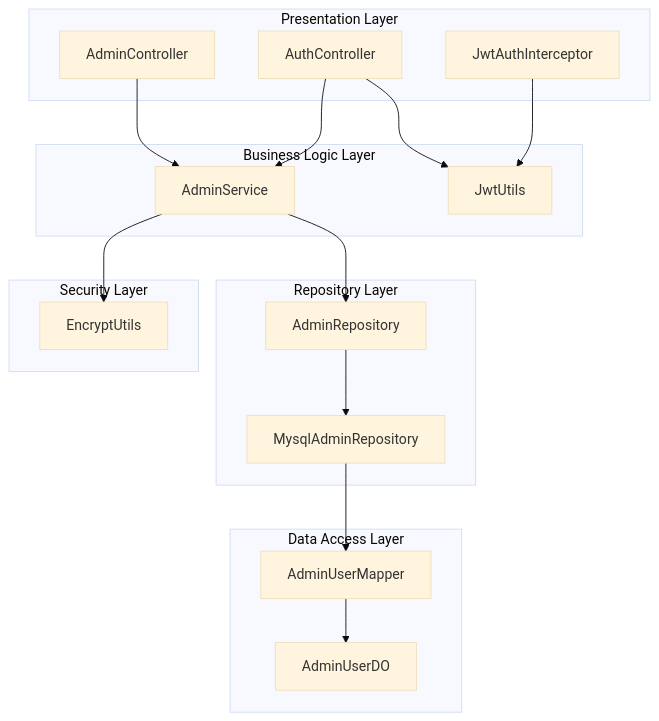
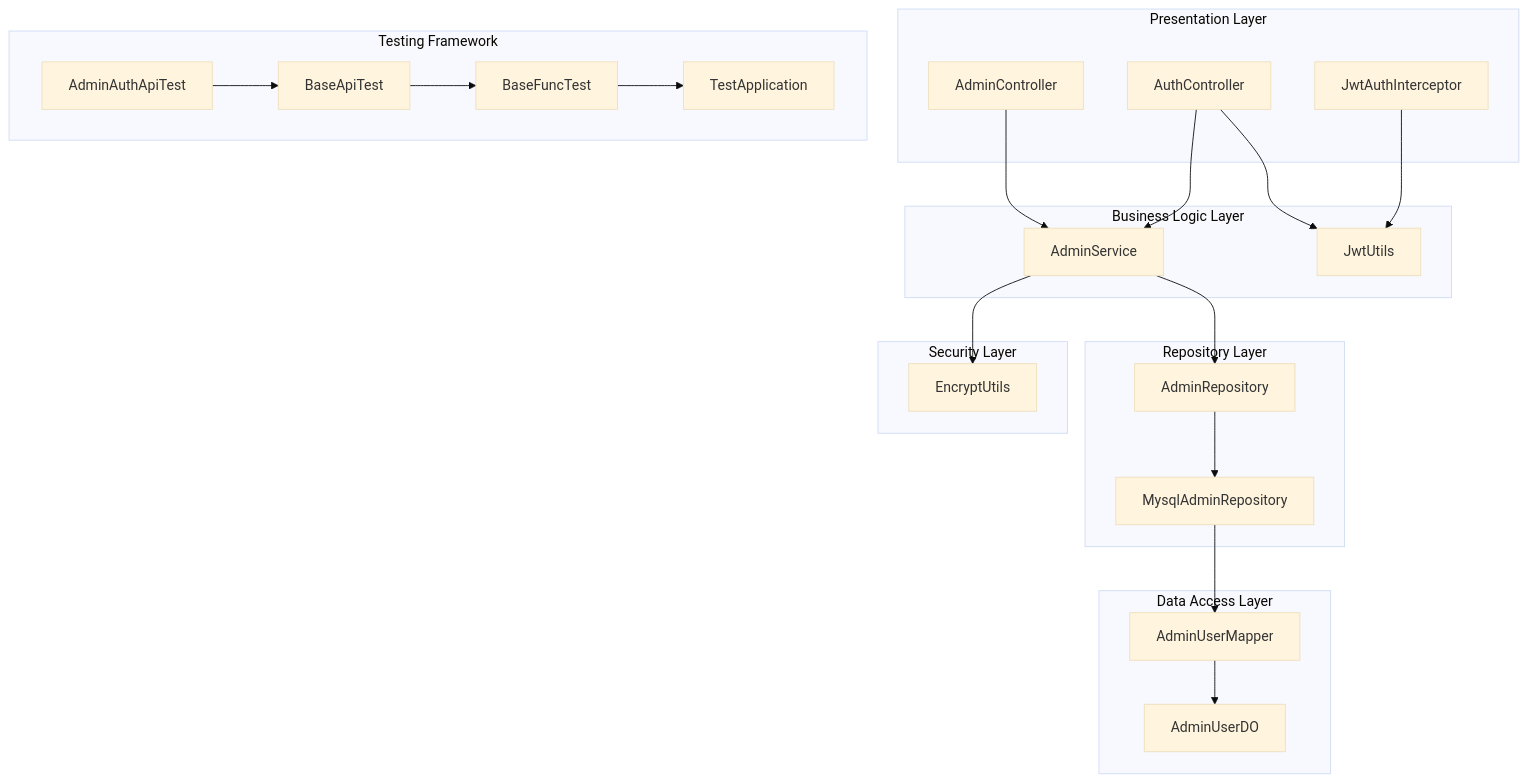
One commit to alibaba/tron-one-agent changed the first of 13 diagrams in .qoder/repowiki/en/content/Backend Architecture/Admin Management System.md. Above: the diagram before and after it, drawn with Mermaid (base theme). The commit also changed other lines of this file and 8 other files, not shown here.

````diff
--- a/.qoder/repowiki/en/content/Backend Architecture/Admin Management System.md
+++ b/.qoder/repowiki/en/content/Backend Architecture/Admin Management System.md
@@ -45,32 +60,41 @@
 ```mermaid
 graph TB
 subgraph "Presentation Layer"
 AC[AdminController]
 AU[AuthController]
 AI[JwtAuthInterceptor]
 end
 subgraph "Business Logic Layer"
 AS[AdminService]
 JS[JwtUtils]
 end
 subgraph "Repository Layer"
 AR[AdminRepository]
 MAR[MysqlAdminRepository]
 end
 subgraph "Data Access Layer"
 AUM[AdminUserMapper]
 ADO[AdminUserDO]
 end
 subgraph "Security Layer"
 EU[EncryptUtils]
 end
+subgraph "Testing Framework"
+BAT[AdminAuthApiTest]
+BAP[BaseApiTest]
+BFT[BaseFuncTest]
+TA[TestApplication]
+end
 AC --> AS
 AU --> AS
 AS --> AR
 AR --> MAR
 MAR --> AUM
 AUM --> ADO
 AS --> EU
 AU --> JS
 AI --> JS
+BAT --> BAP
+BAP --> BFT
+BFT --> TA
 ```
````
